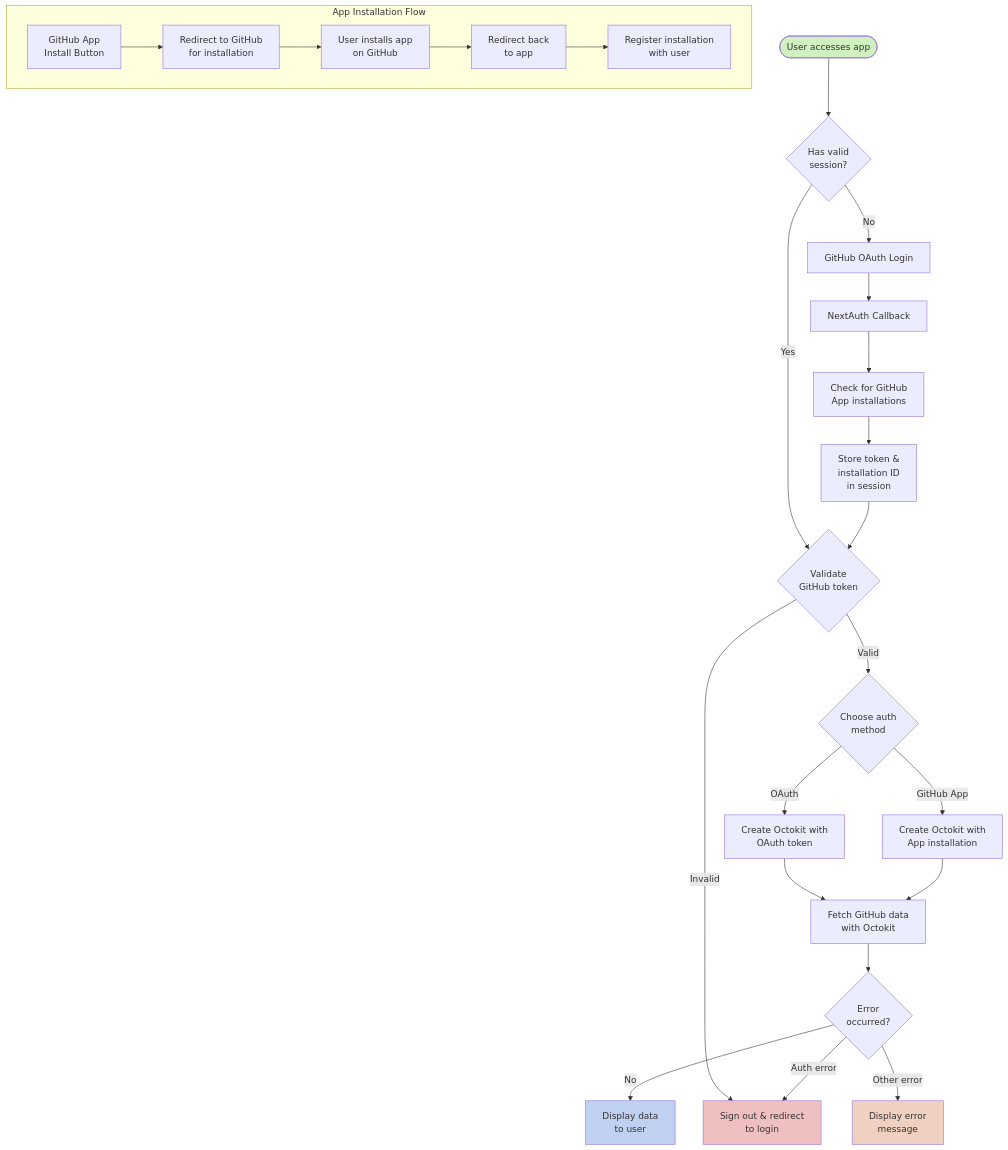
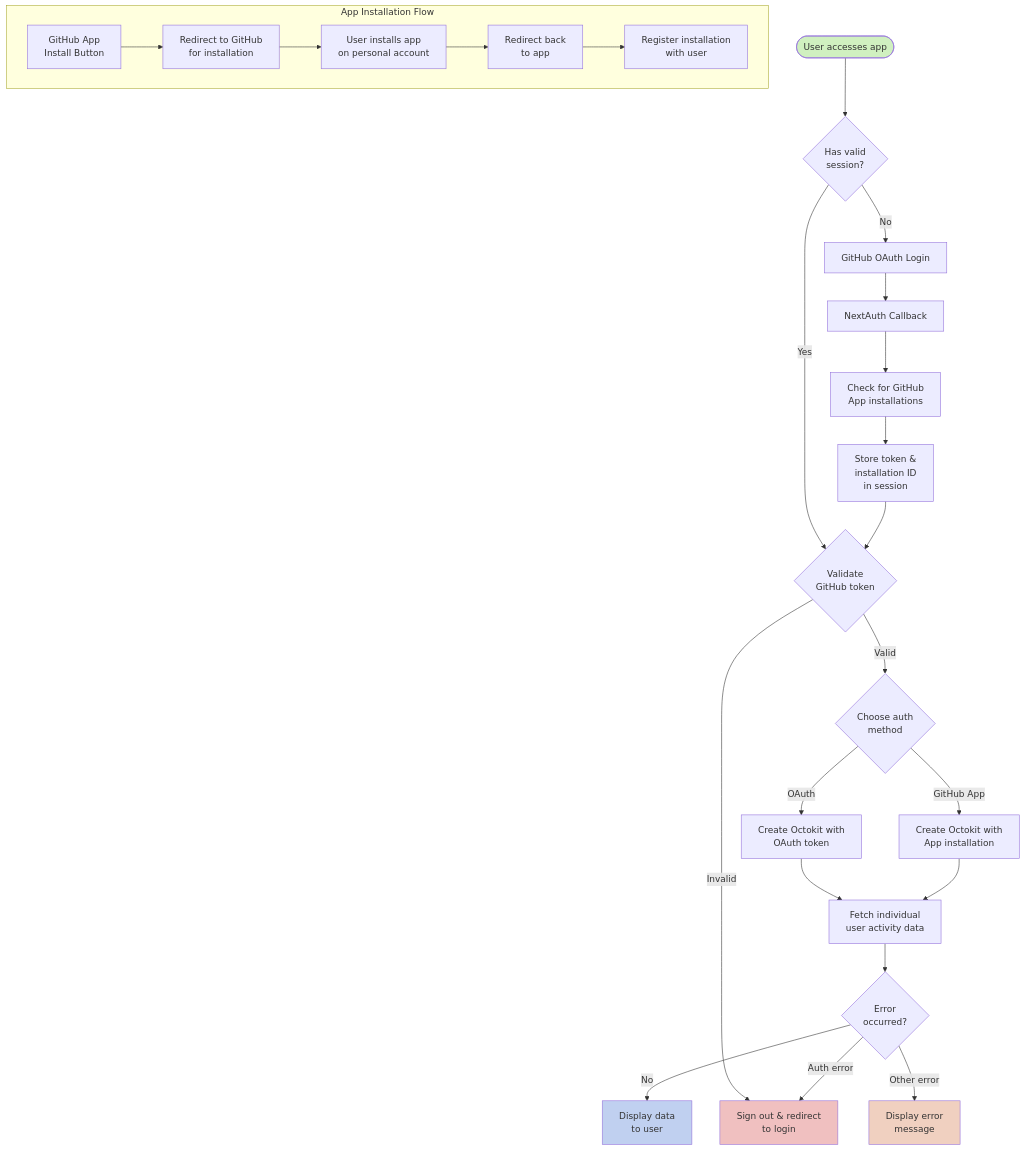
Before and after one commit to phrazzld/gitpulse: the first of 2 diagrams in README.md, drawn with Mermaid. The commit also changed other lines of this file and 1 other file, not shown here.

First line of the commit message:
docs: update README to focus on individual-only MVP

````diff
--- a/README.md
+++ b/README.md
@@ -219,38 +213,38 @@
 ```mermaid
 flowchart TD
     Start([User accesses app]) --> HasSession{Has valid\nsession?}
 
     HasSession -->|No| GithubOAuth[GitHub OAuth Login]
     HasSession -->|Yes| ValidateToken{Validate\nGitHub token}
 
     GithubOAuth --> NextAuthCallback[NextAuth Callback]
     NextAuthCallback --> CheckInstallation[Check for GitHub\nApp installations]
     CheckInstallation --> StoreSession[Store token &\ninstallation ID\nin session]
     StoreSession --> ValidateToken
 
     ValidateToken -->|Valid| ChooseAuthType{Choose auth\nmethod}
     ValidateToken -->|Invalid| SignOutRedirect[Sign out & redirect\nto login]
 
     ChooseAuthType -->|OAuth| CreateOAuthOctokit[Create Octokit with\nOAuth token]
     ChooseAuthType -->|GitHub App| CreateAppOctokit[Create Octokit with\nApp installation]
 
-    CreateOAuthOctokit --> FetchGitHubData[Fetch GitHub data\nwith Octokit]
-    CreateAppOctokit --> FetchGitHubData
+    CreateOAuthOctokit --> FetchUserData[Fetch individual\nuser activity data]
+    CreateAppOctokit --> FetchUserData
 
-    FetchGitHubData --> ErrorCheck{Error\noccurred?}
+    FetchUserData --> ErrorCheck{Error\noccurred?}
     ErrorCheck -->|No| DisplayData[Display data\nto user]
     ErrorCheck -->|Auth error| SignOutRedirect
     ErrorCheck -->|Other error| DisplayError[Display error\nmessage]
 
     subgraph "App Installation Flow"
         AppInstallButton[GitHub App\nInstall Button] --> RedirectToGitHub[Redirect to GitHub\nfor installation]
-        RedirectToGitHub --> GitHubInstall[User installs app\non GitHub]
+        RedirectToGitHub --> GitHubInstall[User installs app\non personal account]
         GitHubInstall --> RedirectCallback[Redirect back\nto app]
         RedirectCallback --> RegisterInstallation[Register installation\nwith user]
     end
 
     style Start fill:#d0f0c0
     style DisplayData fill:#c0d0f0
     style SignOutRedirect fill:#f0c0c0
     style DisplayError fill:#f0d0c0
 ```
````
